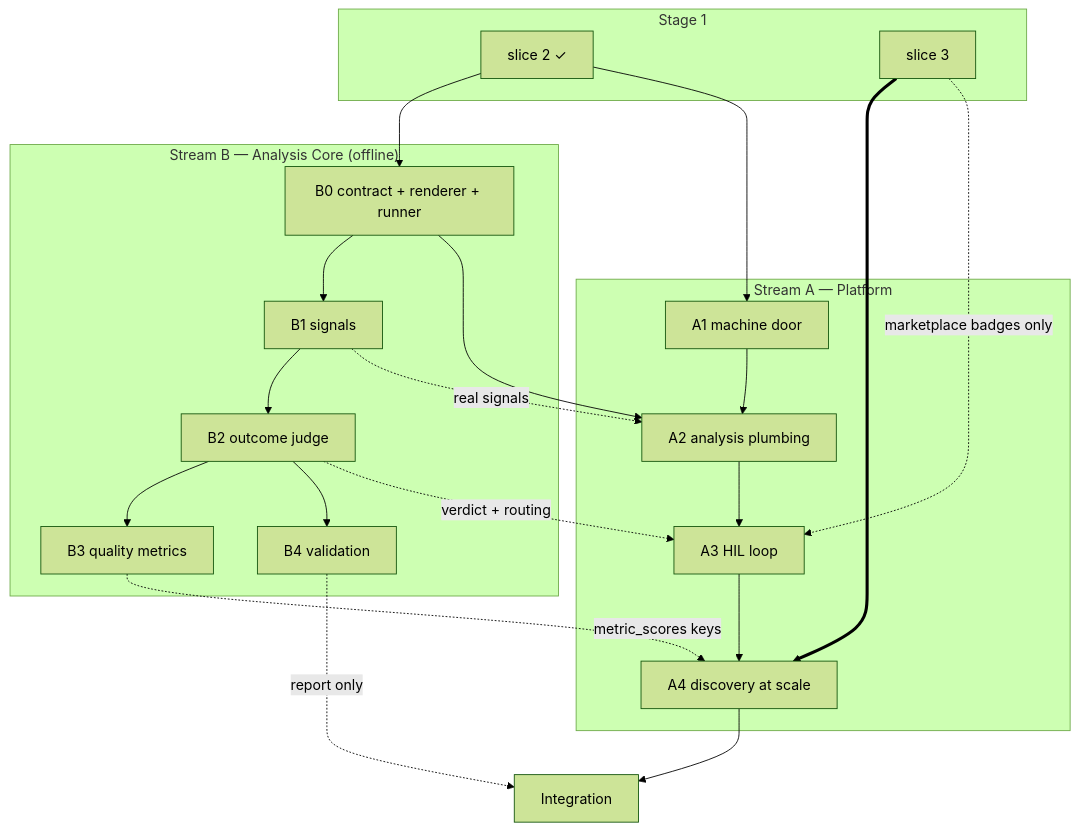
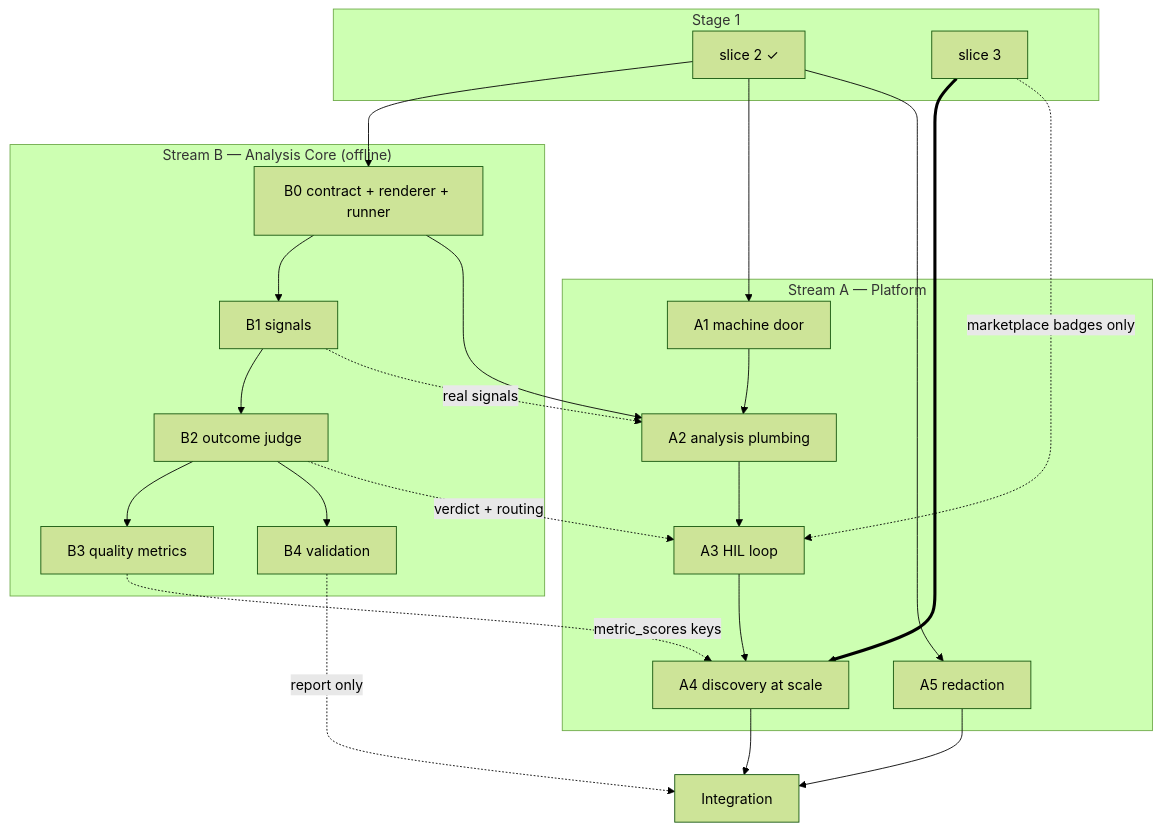
One commit to joel-ritossa/trace-marketplace changed the diagram in docs/spec/stage-2/6_build-order.md. Above: the diagram before and after it, drawn with Mermaid (forest theme). The commit also changed other lines of this file and 185 other files, not shown here.

````diff
--- a/docs/spec/stage-2/6_build-order.md
+++ b/docs/spec/stage-2/6_build-order.md
@@ -13,39 +13,42 @@
 ```mermaid
 flowchart TD
     subgraph S1["Stage 1"]
         s2["slice 2 ✓"]
         s3["slice 3"]
     end
 
     subgraph SB["Stream B — Analysis Core (offline)"]
         B0["B0 contract + renderer + runner"]
         B1["B1 signals"]
         B2["B2 outcome judge"]
         B3["B3 quality metrics"]
         B4["B4 validation"]
     end
 
     subgraph SA["Stream A — Platform"]
         A1["A1 machine door"]
         A2["A2 analysis plumbing"]
         A3["A3 HIL loop"]
         A4["A4 discovery at scale"]
+        A5["A5 redaction"]
     end
 
     INT["Integration"]
 
     s2 --> B0
     s2 --> A1
     B0 --> B1 --> B2
     B2 --> B3
     B2 --> B4
     B0 --> A2
     A1 --> A2 --> A3 --> A4
     B1 -. "real signals" .-> A2
     B2 -. "verdict + routing" .-> A3
     B3 -. "metric_scores keys" .-> A4
     s3 ==> A4
     s3 -. "marketplace badges only" .-> A3
+    s2 --> A5
     A4 --> INT
+    A5 --> INT
     B4 -. "report only" .-> INT
 ```
````
